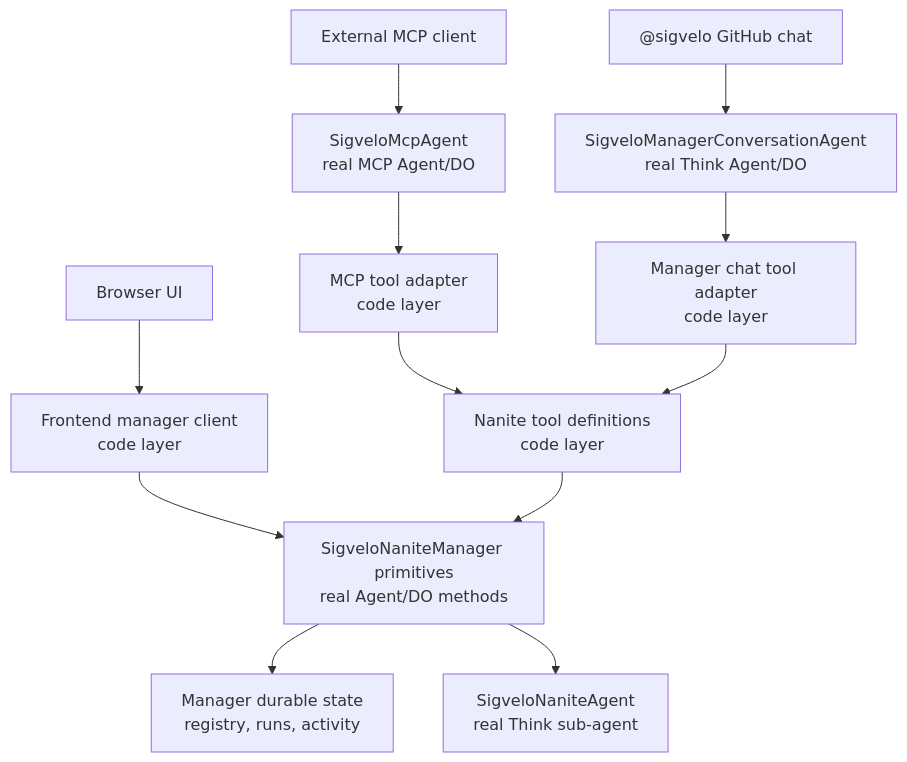
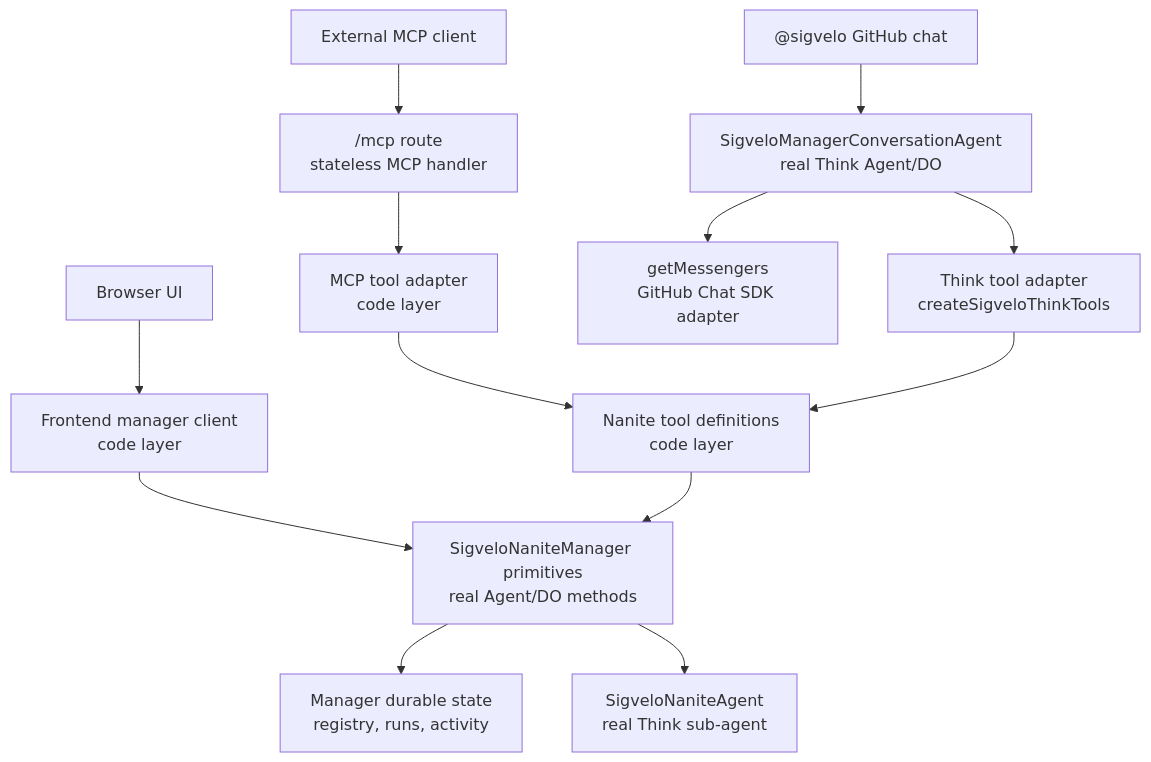
The diagram in docs/architecture/tool-surface-lld.md (WebMCP-org/nanites), drawn with Mermaid before and after one commit. The commit also changed other lines of this file and 138 other files, not shown here.

First line of the commit message:
Hard cut over GitHub chat and install scope

````diff
--- a/docs/architecture/tool-surface-lld.md
+++ b/docs/architecture/tool-surface-lld.md
@@ -27,17 +31,18 @@
 ```mermaid
 flowchart TD
   Browser["Browser UI"] --> BrowserClient["Frontend manager client<br/>code layer"]
-  MCPClient["External MCP client"] --> MCPAgent["SigveloMcpAgent<br/>real MCP Agent/DO"]
+  MCPClient["External MCP client"] --> MCPRoute["/mcp route<br/>stateless MCP handler"]
   GitHubChat["@sigvelo GitHub chat"] --> ManagerChat["SigveloManagerConversationAgent<br/>real Think Agent/DO"]
 
   BrowserClient --> ManagerPrimitives["SigveloNaniteManager callable primitives<br/>real Agent/DO methods"]
-  MCPAgent --> McpAdapter["MCP tool adapter<br/>code layer"]
-  ManagerChat --> ChatAdapter["Manager chat tool adapter<br/>code layer"]
+  MCPRoute --> McpAdapter["MCP tool adapter<br/>code layer"]
+  ManagerChat --> MessengerAdapter["getMessengers<br/>GitHub Chat SDK adapter"]
+  ManagerChat --> ThinkToolAdapter["Think tool adapter<br/>createSigveloThinkTools"]
 
   McpAdapter --> ToolRegistry["Nanite tool definitions<br/>code layer"]
-  ChatAdapter --> ToolRegistry
+  ThinkToolAdapter --> ToolRegistry
 
   ToolRegistry --> ManagerPrimitives["SigveloNaniteManager primitives<br/>real Agent/DO methods"]
   ManagerPrimitives --> ManagerState["Manager durable state<br/>registry, runs, activity"]
   ManagerPrimitives --> Nanite["SigveloNaniteAgent<br/>real Think sub-agent"]
 ```
````
